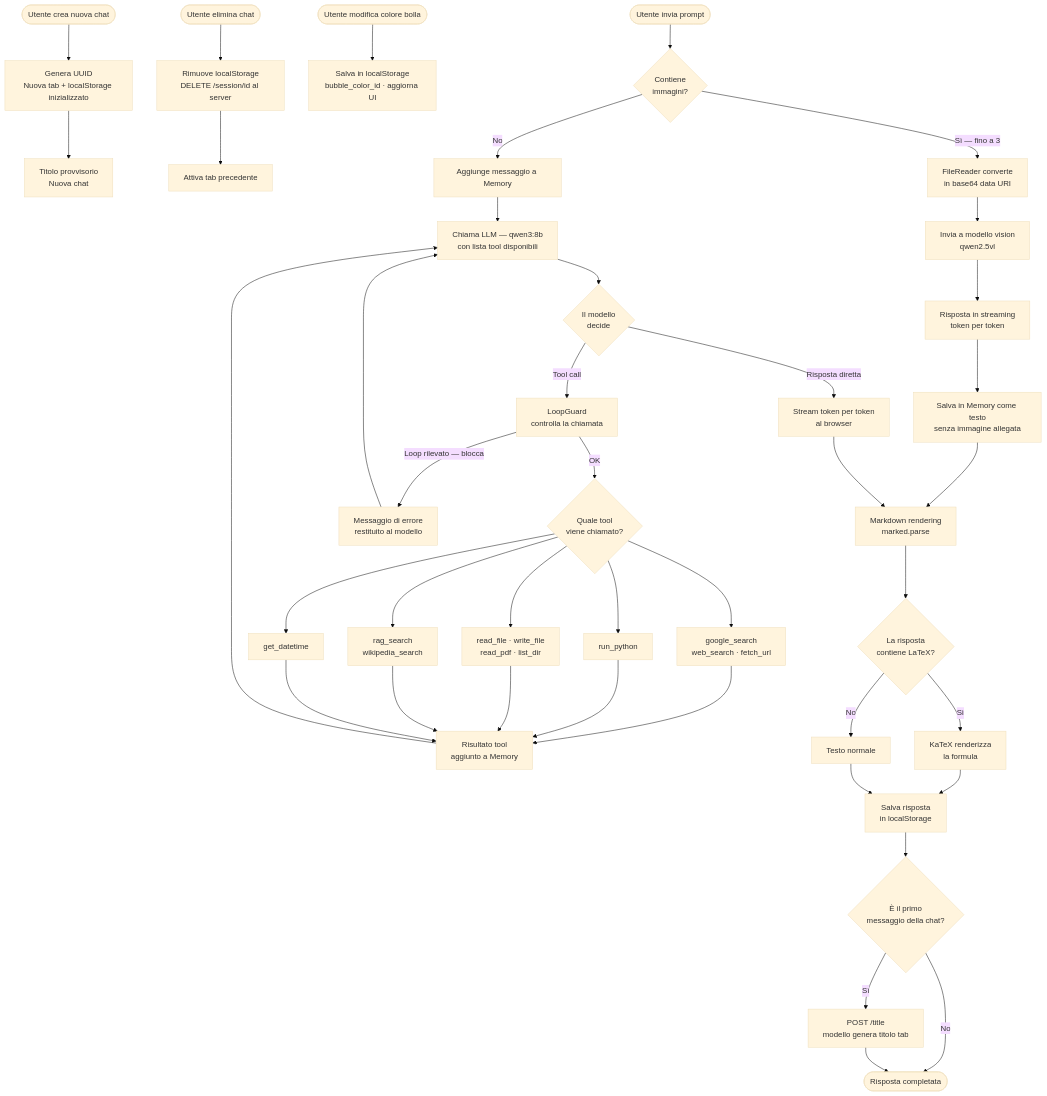
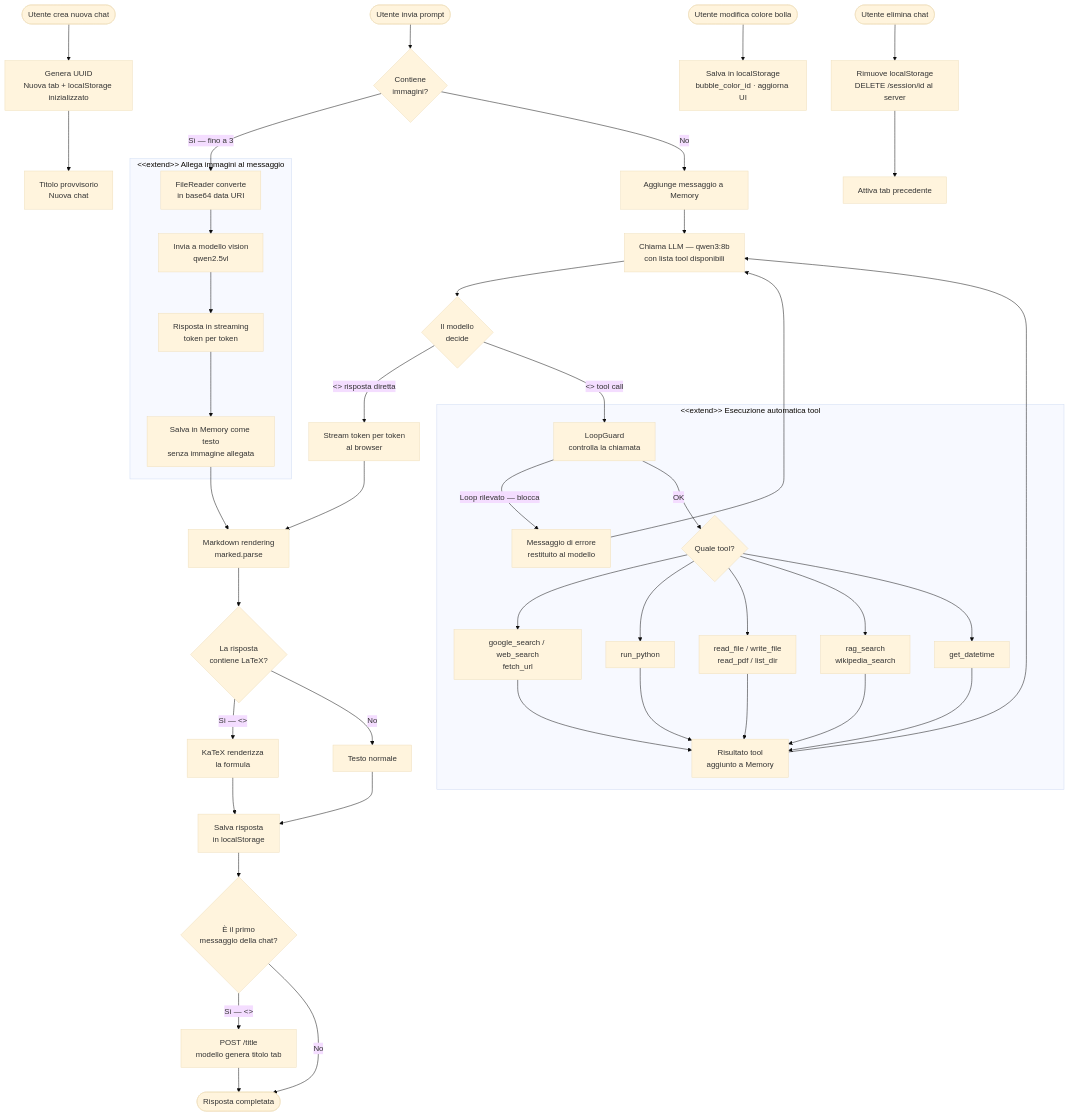
The second of 4 diagrams in REQUISITI_PROGETTO.md (AlbertoBruscoliniMain/RaxeusAI), drawn with Mermaid (base theme) before and after one commit. The commit also changed other lines of this file, not shown here.

Commit message:
Requisiti: include/extend aggiunti nei diagrammi di flusso 6.5 e 6.6

````diff
--- a/REQUISITI_PROGETTO.md
+++ b/REQUISITI_PROGETTO.md
@@ -292,52 +292,61 @@
 ```mermaid
 flowchart TD
     %% ── Gestione chat ──────────────────────────────
     CREATE([Utente crea nuova chat]) --> NC[Genera UUID\nNuova tab + localStorage inizializzato]
     NC --> NTITLE[Titolo provvisorio\nNuova chat]
 
     DELCHAT([Utente elimina chat]) --> DC[Rimuove localStorage\nDELETE /session/id al server]
     DC --> PREV[Attiva tab precedente]
 
     COLOR([Utente modifica colore bolla]) --> SC[Salva in localStorage\nbubble_color_id · aggiorna UI]
 
     %% ── Invio prompt ────────────────────────────────
     START([Utente invia prompt]) --> IMG{Contiene\nimmagini?}
 
-    IMG -->|Sì — fino a 3| V1[FileReader converte\nin base64 data URI]
-    V1 --> V2[Invia a modello vision\nqwen2.5vl]
-    V2 --> V3[Risposta in streaming\ntoken per token]
-    V3 --> V4[Salva in Memory come testo\nsenza immagine allegata]
+    subgraph EXT_IMG["&lt;&lt;extend&gt;&gt;  Allega immagini al messaggio"]
+        V1[FileReader converte\nin base64 data URI] --> V2[Invia a modello vision\nqwen2.5vl]
+        V2 --> V3[Risposta in streaming\ntoken per token]
+        V3 --> V4[Salva in Memory come testo\nsenza immagine allegata]
+    end
+
+    IMG -->|Sì — fino a 3| V1
     V4 --> REND
 
     IMG -->|No| A1[Aggiunge messaggio a Memory]
     A1 --> A2[Chiama LLM — qwen3:8b\ncon lista tool disponibili]
     A2 --> DEC{Il modello\ndecide}
 
-    DEC -->|Risposta diretta| S1[Stream token per token\nal browser]
-    DEC -->|Tool call| LG[LoopGuard\ncontrolla la chiamata]
+    DEC -->|"<<include>> risposta diretta"| S1[Stream token per token\nal browser]
 
-    LG -->|Loop rilevato — blocca| LE[Messaggio di errore\nrestituito al modello]
+    subgraph EXT_TOOL["&lt;&lt;extend&gt;&gt;  Esecuzione automatica tool"]
+        LG[LoopGuard\ncontrolla la chiamata]
+        LE[Messaggio di errore\nrestituito al modello]
+        TW{Quale tool?}
+        TA[google_search / web_search\nfetch_url]
+        TB[run_python]
+        TC[read_file / write_file\nread_pdf / list_dir]
+        TDRG[rag_search\nwikipedia_search]
+        TGET[get_datetime]
+        TR[Risultato tool\naggiunto a Memory]
+        LG -->|Loop rilevato — blocca| LE
+        LG -->|OK| TW
+        TW --> TA & TB & TC & TDRG & TGET
+        TA & TB & TC & TDRG & TGET --> TR
+    end
+
+    DEC -->|"<<extend>> tool call"| LG
     LE --> A2
-
-    LG -->|OK| TW{Quale tool\nviene chiamato?}
-    TW --> TA[google_search\nweb_search · fetch_url]
-    TW --> TB[run_python]
-    TW --> TC[read_file · write_file\nread_pdf · list_dir]
-    TW --> TD[rag_search\nwikipedia_search]
-    TW --> TE[get_datetime]
-
-    TA & TB & TC & TD & TE --> TR[Risultato tool\naggiunto a Memory]
     TR --> A2
 
     S1 --> REND[Markdown rendering\nmarked.parse]
     REND --> LAT{La risposta\ncontiene LaTeX?}
-    LAT -->|Sì| KT[KaTeX renderizza\nla formula]
+    LAT -->|"Sì — <<extend>>"| KT[KaTeX renderizza\nla formula]
     LAT -->|No| NT[Testo normale]
     KT & NT --> LS[Salva risposta\nin localStorage]
     LS --> FIRST{È il primo\nmessaggio della chat?}
-    FIRST -->|Sì| TI[POST /title\nmodello genera titolo tab]
-    FIRST -->|No| END
-    TI --> END
+    FIRST -->|"Sì — <<extend>>"| TI[POST /title\nmodello genera titolo tab]
+    FIRST -->|No| FINE
+    TI --> FINE
 
-    END([Risposta completata])
+    FINE([Risposta completata])
 ```
````
